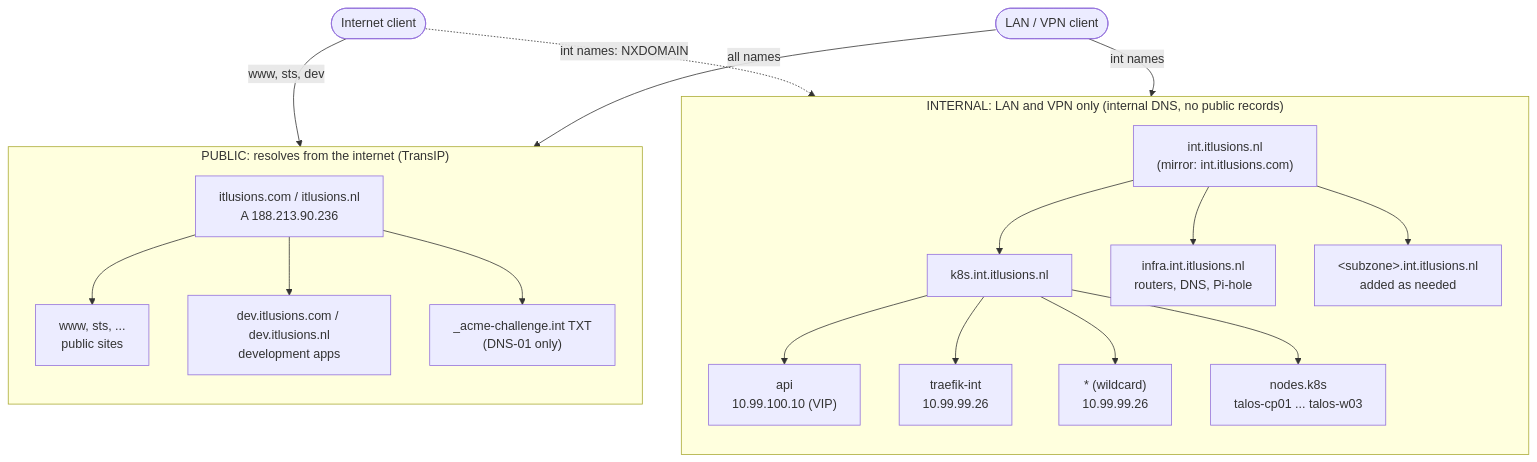
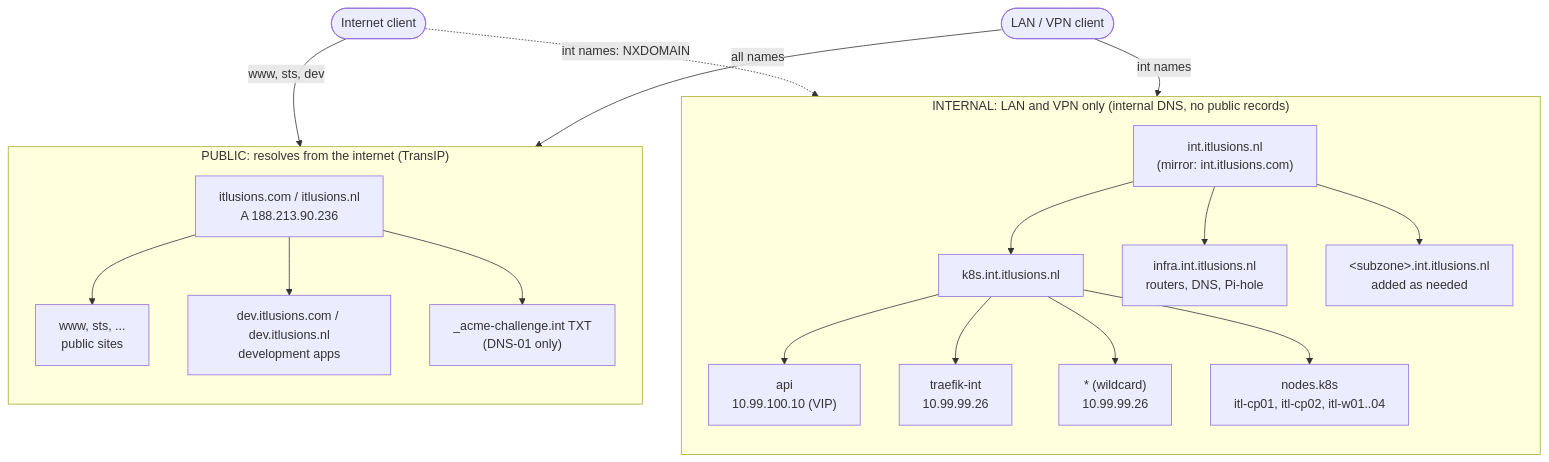
One commit to ITlusions/ITL.K8S changed the diagram in docs/1-cluster/1.6-dns.md. Above: the diagram before and after it, drawn with Mermaid. The commit also changed other lines of this file and 7 other files, not shown here.

Commit message:
feat(docs): update architecture details, add cluster capability matrix, enhance load balancing and DNS documentation, and introduce Hubble UI OIDC plan and personas

````diff
--- a/docs/1-cluster/1.6-dns.md
+++ b/docs/1-cluster/1.6-dns.md
@@ -10,27 +12,27 @@
 ```mermaid
 flowchart TB
     subgraph PUB["PUBLIC: resolves from the internet (TransIP)"]
         direction TB
         APEX["itlusions.com / itlusions.nl<br/>A 188.213.90.236"]
         APEX --> WWW["www, sts, ...<br/>public sites"]
         APEX --> DEV["dev.itlusions.com / dev.itlusions.nl<br/>development apps"]
         APEX --> ACME["_acme-challenge.int TXT<br/>(DNS-01 only)"]
     end
 
     subgraph INT["INTERNAL: LAN and VPN only (internal DNS, no public records)"]
         direction TB
         ROOT["int.itlusions.nl<br/>(mirror: int.itlusions.com)"]
         ROOT --> K8S["k8s.int.itlusions.nl"]
         ROOT --> INF["infra.int.itlusions.nl<br/>routers, DNS, Pi-hole"]
         ROOT --> SUB["&lt;subzone&gt;.int.itlusions.nl<br/>added as needed"]
         K8S --> API["api<br/>10.99.100.10 (VIP)"]
         K8S --> TI["traefik-int<br/>10.99.99.26"]
         K8S --> WILD["* (wildcard)<br/>10.99.99.26"]
-        K8S --> NODES["nodes.k8s<br/>talos-cp01 ... talos-w03"]
+        K8S --> NODES["nodes.k8s<br/>itl-cp01, itl-cp02, itl-w01..04"]
     end
 
     INET(["Internet client"]) -- "www, sts, dev" --> PUB
     INET -. "int names: NXDOMAIN" .-> INT
     LAN(["LAN / VPN client"]) -- "all names" --> PUB
     LAN -- "int names" --> INT
 ```
````
